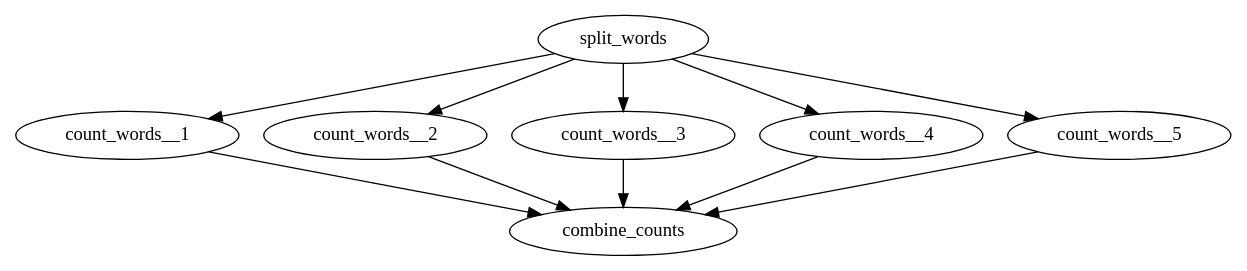
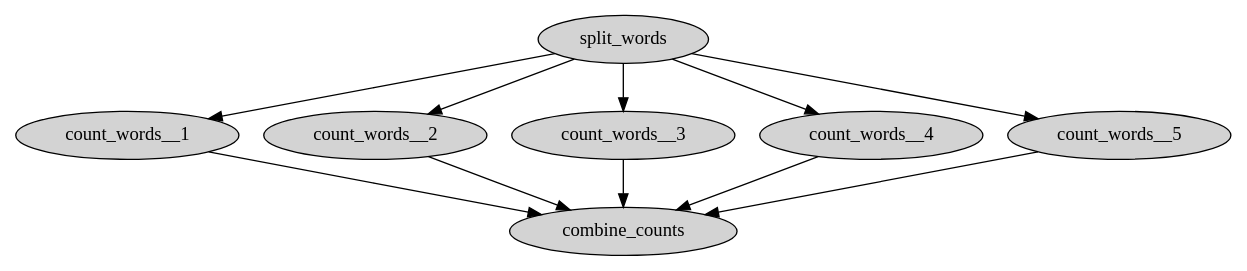
The diagram in examples/basic_diamond/basic_diamond.dot (htcondor/htcondor-dags), drawn with Graphviz before and after one commit. The commit also changed 14 other files, not shown here.

```diff
--- a/examples/basic_diamond/basic_diamond.dot
+++ b/examples/basic_diamond/basic_diamond.dot
@@ -1,5 +1,7 @@
 digraph G {
     size = "40, 80";
+    node [style=filled];
+
     split_words -> {count_words__1;count_words__2;count_words__3;count_words__4;count_words__5};
     {count_words__1;count_words__2;count_words__3;count_words__4;count_words__5} -> combine_counts;
 }
```
